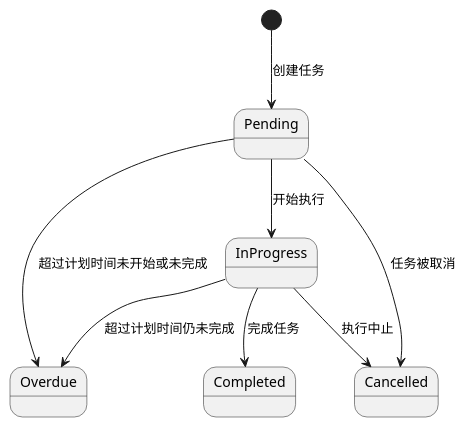
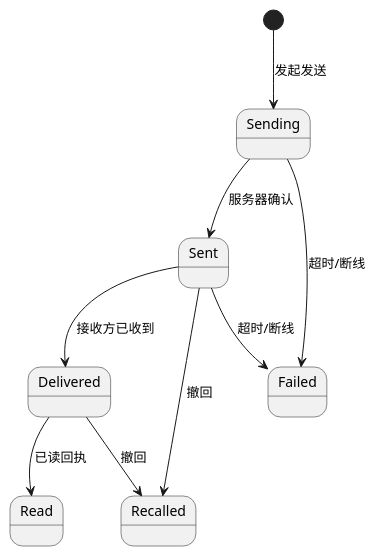
Before and after one commit to Shir0haa/ShrohaChat: the sixth of 6 diagrams in docs/ShirohaChat项目文档.md, drawn with PlantUML. The commit also changed other lines of this file and 1 other file, not shown here.

````diff
--- a/docs/ShirohaChat项目文档.md
+++ b/docs/ShirohaChat项目文档.md
@@ -983,13 +950,14 @@
 ```plantuml
-@startuml State_Task
+@startuml State_MessageDelivery
 
-[*] --> Pending : 创建任务
-Pending --> InProgress : 开始执行
-InProgress --> Completed : 完成任务
-Pending --> Cancelled : 任务被取消
-InProgress --> Cancelled : 执行中止
-Pending --> Overdue : 超过计划时间未开始或未完成
-InProgress --> Overdue : 超过计划时间仍未完成
+[*] --> Sending : 发起发送
+Sending --> Sent : 服务器确认
+Sent --> Delivered : 接收方已收到
+Delivered --> Read : 已读回执
+Sending --> Failed : 超时/断线
+Sent --> Failed : 超时/断线
+Sent --> Recalled : 撤回
+Delivered --> Recalled : 撤回
 
 @enduml
 ```
````
